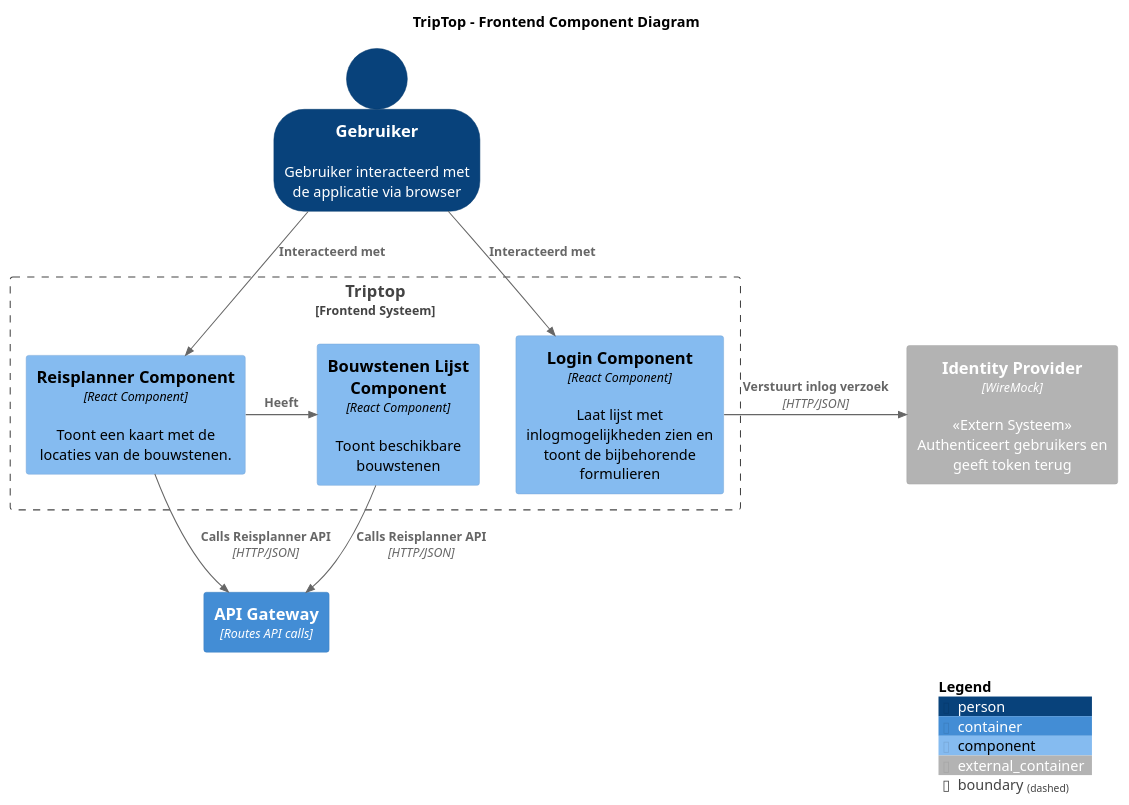
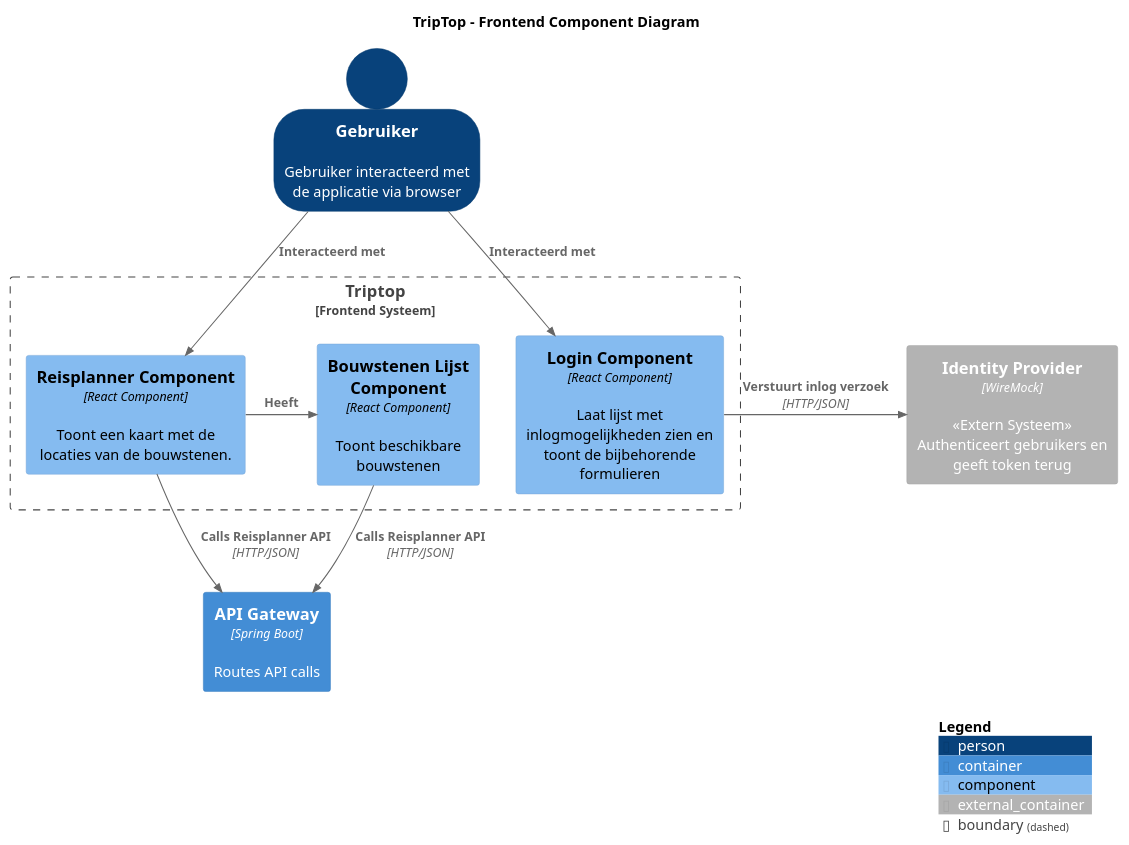
The diagram in diagram/component/frontendComponentDiagram.puml (AIM-ENE-feb25/triptop-groep-1-met-third-wheel), drawn with PlantUML before and after one commit. The commit also changed 4 other files, not shown here.

First line of the commit message:
Component diagrammen

```diff
--- a/diagram/component/frontendComponentDiagram.puml
+++ b/diagram/component/frontendComponentDiagram.puml
@@ -1,30 +1,30 @@
 @startuml
 !include <C4/C4_Component>
 
 title TripTop - Frontend Component Diagram
 SHOW_PERSON_OUTLINE()
 
 Person(user, Gebruiker, "Gebruiker interacteerd met de applicatie via browser")
 
 Boundary(system, "Triptop", "Frontend Systeem") {
     Component(loginComponent, "Login Component", React Component, "Laat lijst met inlogmogelijkheden zien en toont de bijbehorende formulieren")
     Component(reisplannerComponent, "Reisplanner Component", React Component, "Toont een kaart met de locaties van de bouwstenen.")
     Component(bouwstenenLijstComponent, "Bouwstenen Lijst Component", React Component, "Toont beschikbare bouwstenen")
 }
 
 Rel(user, reisplannerComponent, "Interacteerd met")
 Rel(user, loginComponent, "Interacteerd met")
 
 
-Container(api_gateway, "API Gateway", "Routes API calls")
+Container(api_gateway, "API Gateway", "Spring Boot" ,"Routes API calls")
 Container_Ext(id_provider, "Identity Provider", WireMock, "<<Extern Systeem>>\nAuthenticeert gebruikers en geeft token terug")
 
 Rel_R(loginComponent, id_provider, "Verstuurt inlog verzoek", "HTTP/JSON")
 Rel(reisplannerComponent, api_gateway, "Calls Reisplanner API", "HTTP/JSON")
 Rel_R(reisplannerComponent, bouwstenenLijstComponent, "Heeft")
 Rel(bouwstenenLijstComponent, api_gateway, "Calls Reisplanner API", "HTTP/JSON")
 
 
 SHOW_LEGEND()
 
 @enduml
```
